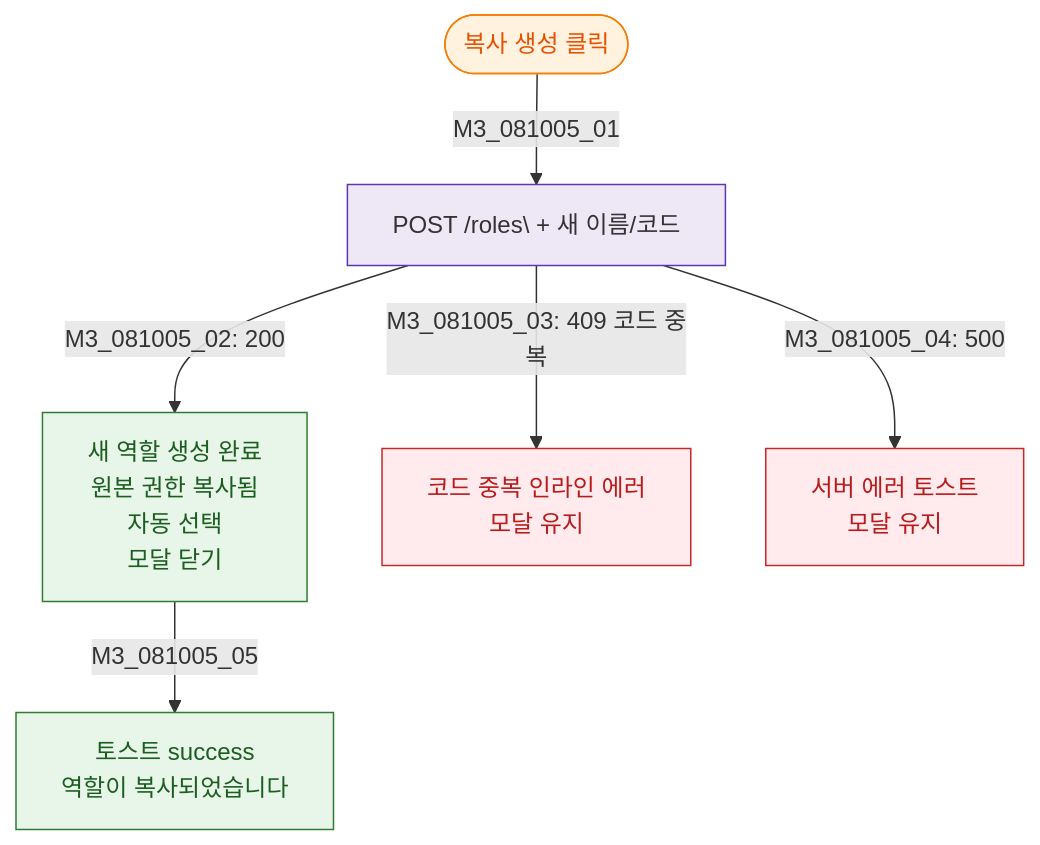
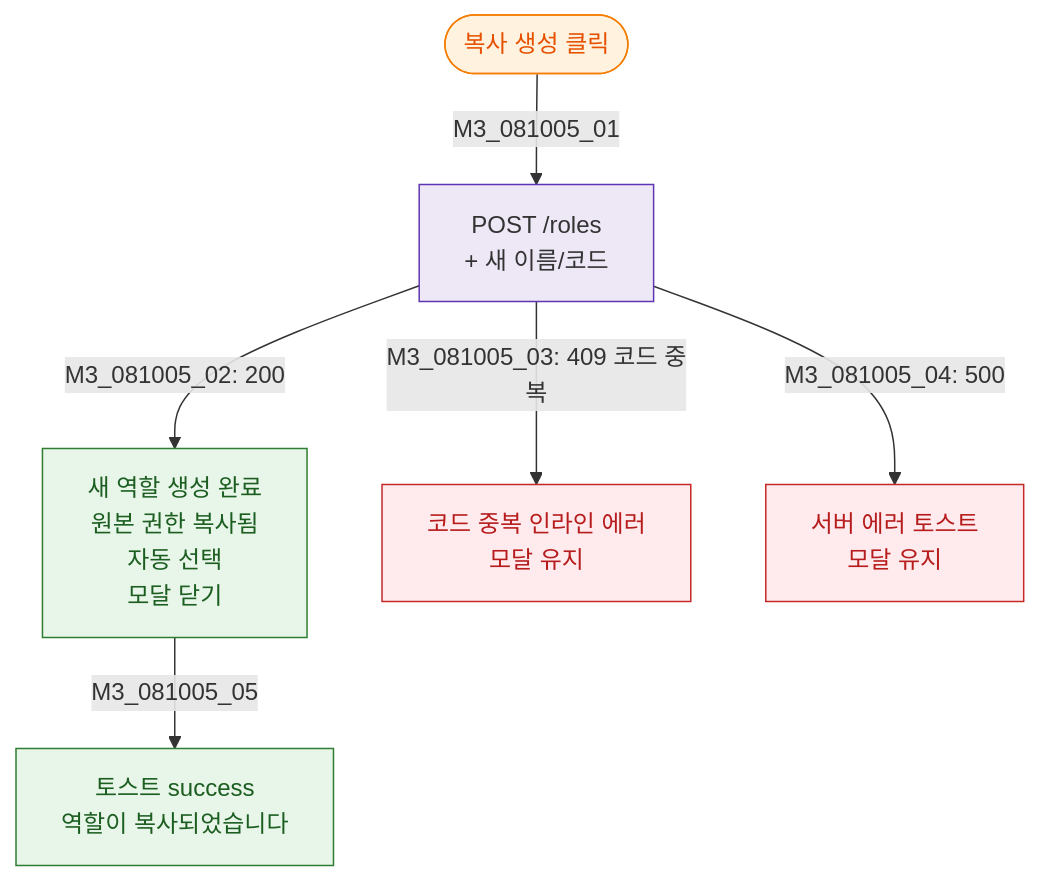
Before and after one commit to dev-spogym/admin-pando: the diagram in docs/admin/다이어그램/D09_설정관리/DLG/DLG-081-005_역할복사/M3_결과분기.md, drawn with Mermaid. The commit also changed 369 other files, not shown here.

````diff
--- a/docs/admin/다이어그램/D09_설정관리/DLG/DLG-081-005_역할복사/M3_결과분기.md
+++ b/docs/admin/다이어그램/D09_설정관리/DLG/DLG-081-005_역할복사/M3_결과분기.md
@@ -12,18 +12,18 @@
 ```mermaid
 flowchart TD
-    Action([복사 생성 클릭]) -->|M3_081005_01|ACT_Copy[POST /roles\ + 새 이름/코드]
+    Action([복사 생성 클릭]) -->|M3_081005_01|ACT_Copy[POST /roles<br/> + 새 이름/코드]
     ACT_Copy -->|"M3_081005_02: 200"|RoleCopied[새 역할 생성 완료\n원본 권한 복사됨\n자동 선택\n모달 닫기]
     ACT_Copy -->|"M3_081005_03: 409 코드 중복"|E_Dup[코드 중복 인라인 에러\n모달 유지]
     ACT_Copy -->|"M3_081005_04: 500"|E_Server[서버 에러 토스트\n모달 유지]
 
     RoleCopied -->|M3_081005_05|T_CopyOK[토스트 success\n역할이 복사되었습니다]
 
     classDef modal fill:#FFF3E0,stroke:#F57C00,color:#E65100
     classDef success fill:#E8F5E9,stroke:#2E7D32,color:#1B5E20
     classDef error fill:#FFEBEE,stroke:#C62828,color:#B71C1C
     classDef system fill:#EDE7F6,stroke:#5E35B2
     class Action modal
     class RoleCopied,T_CopyOK success
     class E_Dup,E_Server error
     class ACT_Copy system
 ```
````
